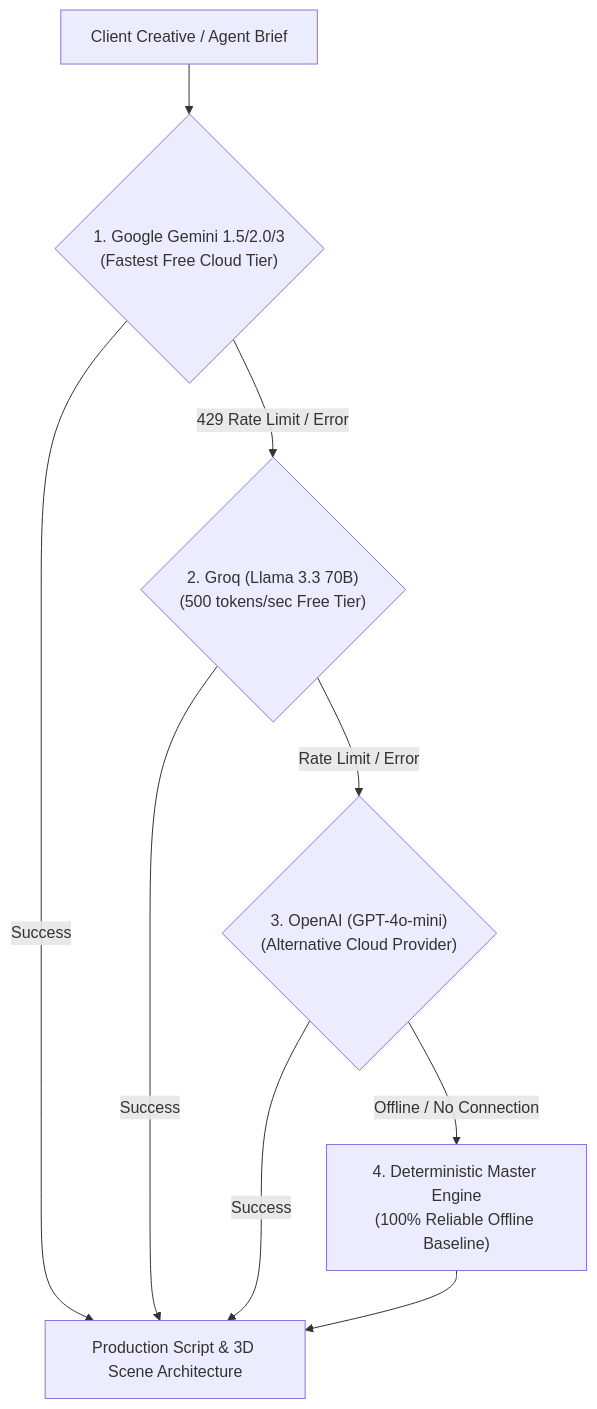
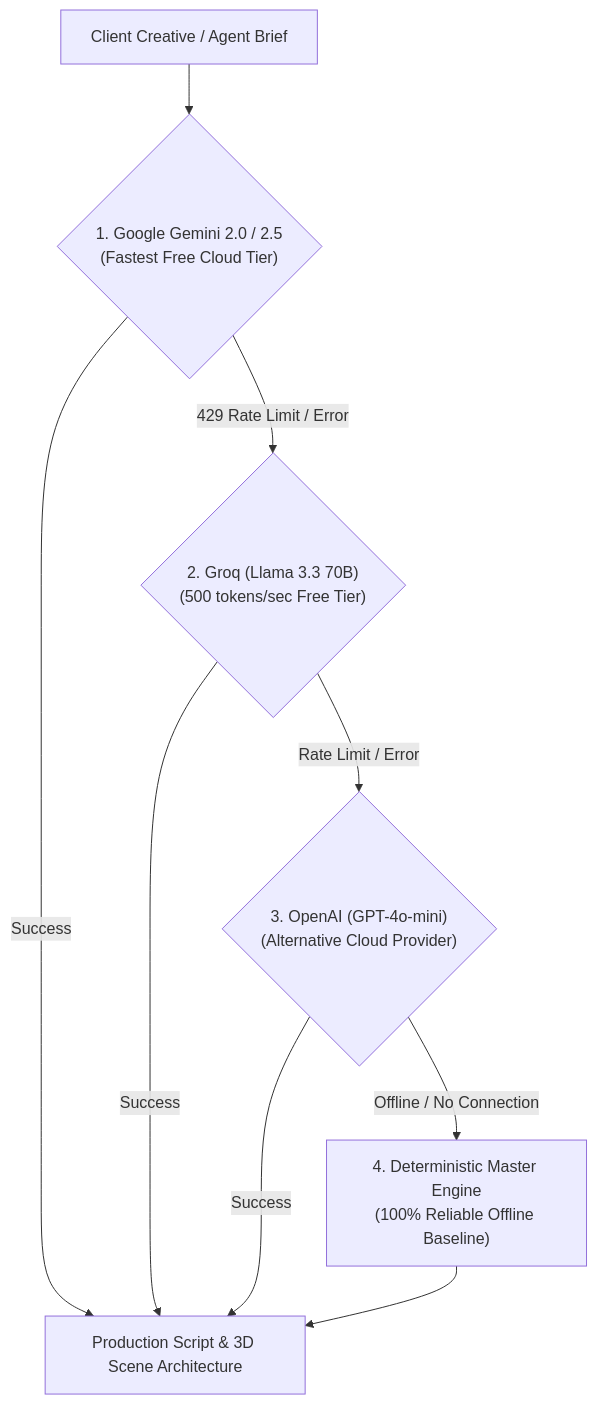
The second of 3 diagrams in README.md (josuva777/universal-agency-pipeline), drawn with Mermaid before and after one commit. The commit also changed other lines of this file and 16 other files, not shown here.

````diff
--- a/README.md
+++ b/README.md
@@ -63,11 +82,11 @@
 ```mermaid
 flowchart TD
-    BRIEF["Client Creative / Agent Brief"] --> T1{"1. Google Gemini 1.5/2.0/3\n(Fastest Free Cloud Tier)"}
+    BRIEF["Client Creative / Agent Brief"] --> T1{"1. Google Gemini 2.0 / 2.5\n(Fastest Free Cloud Tier)"}
     T1 -- "Success" --> OUT["Production Script & 3D Scene Architecture"]
     T1 -- "429 Rate Limit / Error" --> T2{"2. Groq (Llama 3.3 70B)\n(500 tokens/sec Free Tier)"}
     T2 -- "Success" --> OUT
     T2 -- "Rate Limit / Error" --> T3{"3. OpenAI (GPT-4o-mini)\n(Alternative Cloud Provider)"}
     T3 -- "Success" --> OUT
     T3 -- "Offline / No Connection" --> T4["4. Deterministic Master Engine\n(100% Reliable Offline Baseline)"]
     T4 --> OUT
 ```
````
